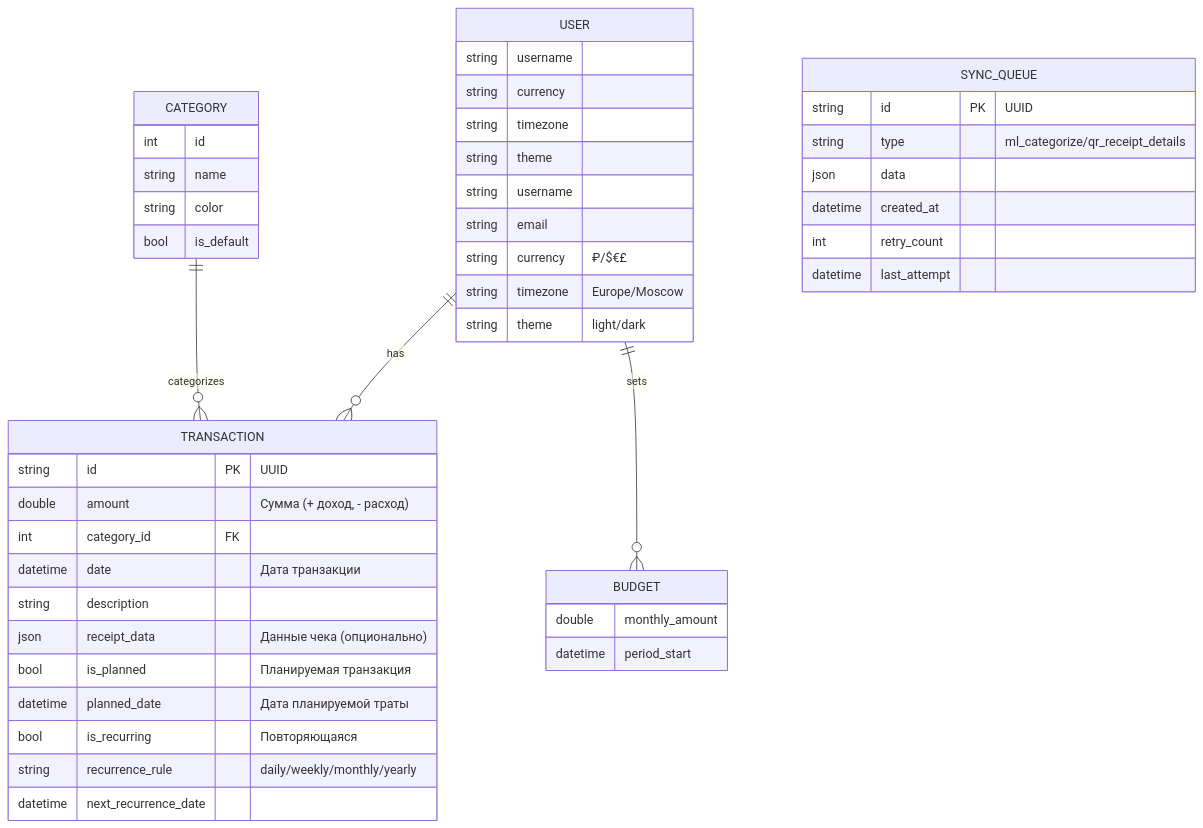
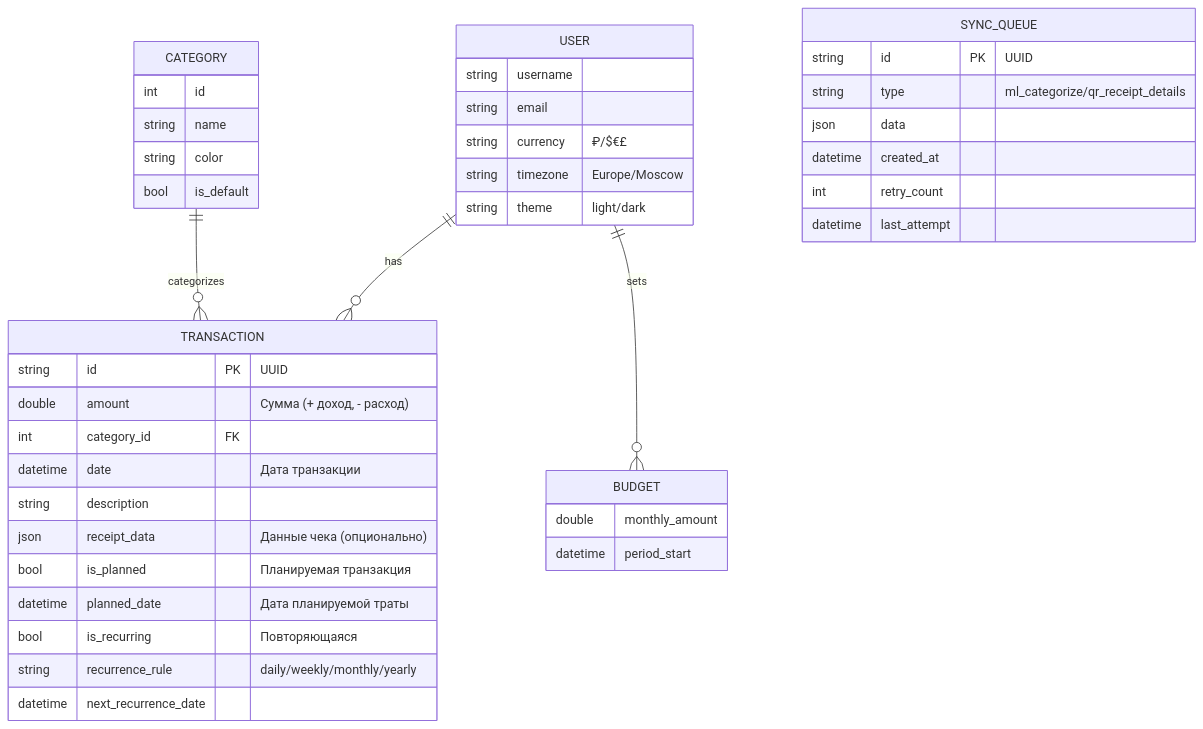
Before and after one commit to LiebeBleck/FinWise_v2: the third of 14 diagrams in README.md, drawn with Mermaid. The commit also changed other lines of this file, not shown here.

Commit message:
Fix README diagrams: remove duplicate USER, correct dataset size, mark v1.2 stubs, add OCR preprocessing branch

````diff
--- a/README.md
+++ b/README.md
@@ -190,56 +190,49 @@
 ```mermaid
 erDiagram
     USER ||--o{ TRANSACTION : has
     USER ||--o{ BUDGET : sets
     CATEGORY ||--o{ TRANSACTION : categorizes
 
     USER {
         string username
-        string currency
-        string timezone
-        string theme
+        string email
+        string currency "₽/$€£"
+        string timezone "Europe/Moscow"
+        string theme "light/dark"
     }
 
     CATEGORY {
         int id
         string name
         string color
         bool is_default
     }
 
     TRANSACTION {
         string id PK "UUID"
         double amount "Сумма (+ доход, - расход)"
         int category_id FK
         datetime date "Дата транзакции"
         string description
         json receipt_data "Данные чека (опционально)"
         bool is_planned "Планируемая транзакция"
         datetime planned_date "Дата планируемой траты"
         bool is_recurring "Повторяющаяся"
         string recurrence_rule "daily/weekly/monthly/yearly"
         datetime next_recurrence_date
     }
 
     BUDGET {
         double monthly_amount
         datetime period_start
     }
 
-    USER {
-        string username
-        string email
-        string currency "₽/$€£"
-        string timezone "Europe/Moscow"
-        string theme "light/dark"
-    }
-
     SYNC_QUEUE {
         string id PK "UUID"
         string type "ml_categorize/qr_receipt_details"
         json data
         datetime created_at
         int retry_count
         datetime last_attempt
     }
 ```
````
